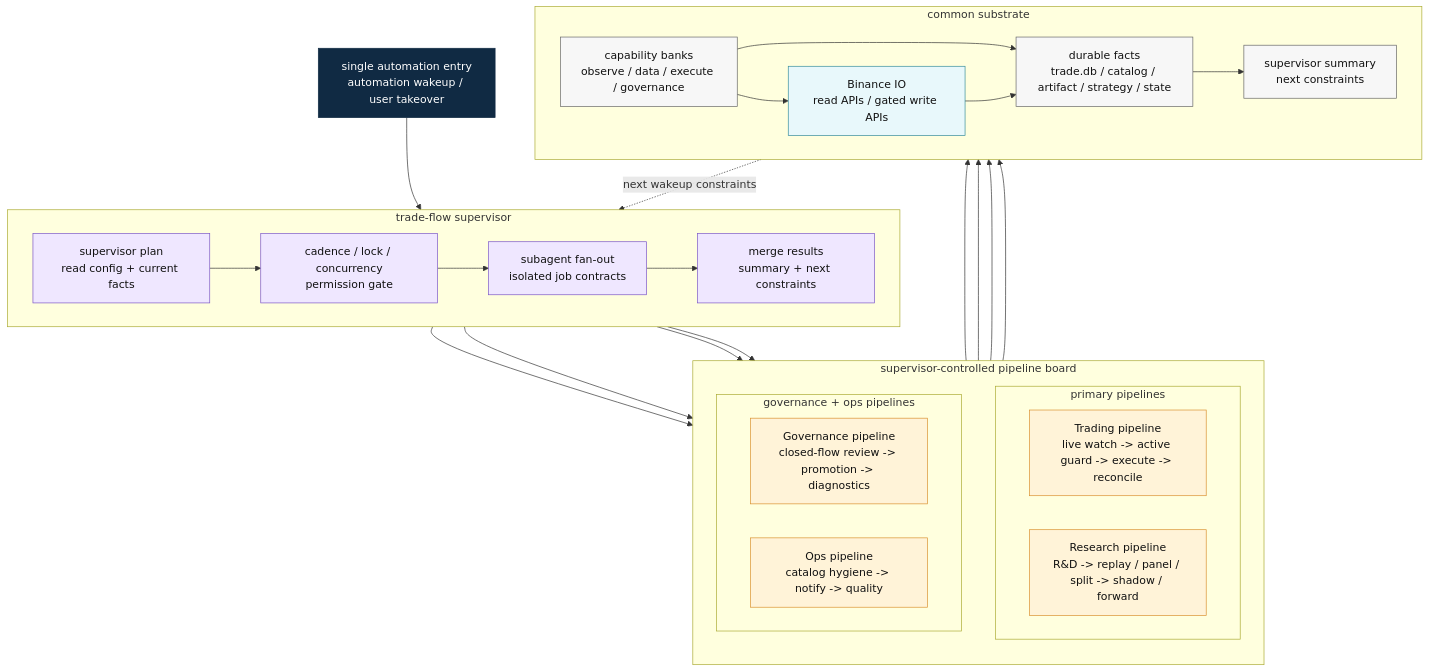
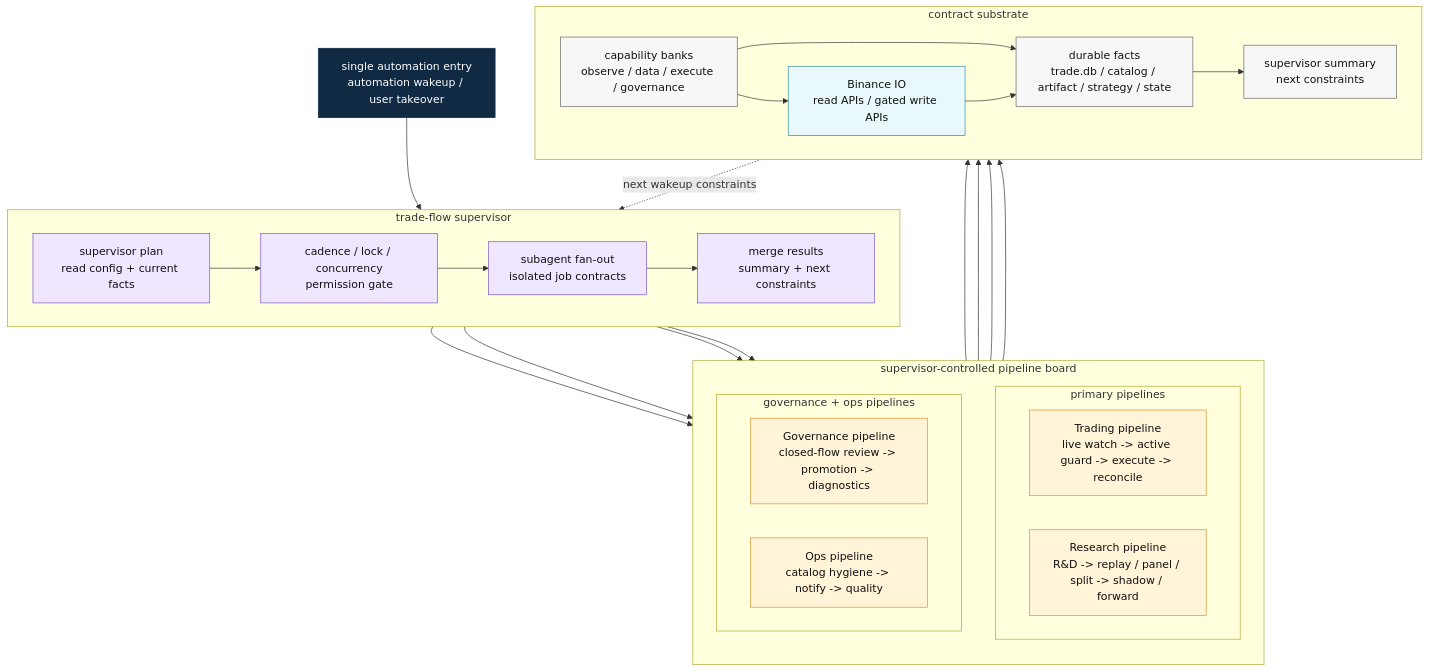
Before and after one commit to qOeOp/trade: the first of 9 diagrams in README.md, drawn with Mermaid. The commit also changed 38 other files, not shown here.

````diff
--- a/README.md
+++ b/README.md
@@ -9,62 +9,62 @@
 ```mermaid
 flowchart TB
   ENTRY["single automation entry<br/>automation wakeup / user takeover"]
 
   subgraph SUP["trade-flow supervisor"]
     direction LR
     SP["supervisor plan<br/>read config + current facts"]
     GT["cadence / lock / concurrency<br/>permission gate"]
     FO["subagent fan-out<br/>isolated job contracts"]
     MG["merge results<br/>summary + next constraints"]
     SP --> GT --> FO --> MG
   end
 
   subgraph BOARD["supervisor-controlled pipeline board"]
     direction TB
 
     subgraph ROW1["primary pipelines"]
       direction LR
       TRADING["Trading pipeline<br/>live watch -> active guard -> execute -> reconcile"]
       RESEARCH["Research pipeline<br/>R&D -> replay / panel / split -> shadow / forward"]
     end
 
     subgraph ROW2["governance + ops pipelines"]
       direction LR
       GOVERNANCE["Governance pipeline<br/>closed-flow review -> promotion -> diagnostics"]
       OPS["Ops pipeline<br/>catalog hygiene -> notify -> quality"]
     end
   end
 
-  subgraph COMMON["common substrate"]
+  subgraph CONTRACTS["contract substrate"]
     direction LR
     CAP["capability banks<br/>observe / data / execute / governance"]
     FACTS["durable facts<br/>trade.db / catalog / artifact / strategy / state"]
     EX["Binance IO<br/>read APIs / gated write APIs"]
     SUMMARY["supervisor summary<br/>next constraints"]
     CAP --> FACTS
     CAP --> EX --> FACTS
     FACTS --> SUMMARY
   end
 
   ENTRY --> SP
   FO --> TRADING
   FO --> RESEARCH
   FO --> GOVERNANCE
   FO --> OPS
   TRADING --> CAP
   RESEARCH --> CAP
   GOVERNANCE --> CAP
   OPS --> CAP
   SUMMARY -. "next wakeup constraints" .-> MG
 
   classDef entry fill:#102a43,stroke:#102a43,color:#fff;
   classDef sup fill:#efe7ff,stroke:#7a55c7,color:#111;
   classDef flow fill:#fff3d8,stroke:#d9902f,color:#111;
   classDef block fill:#f7f7f7,stroke:#666,color:#111;
   classDef io fill:#e8f8fb,stroke:#358b9a,color:#111;
   class ENTRY entry;
   class SP,GT,FO,MG sup;
   class TRADING,RESEARCH,GOVERNANCE,OPS flow;
   class CAP,FACTS,SUMMARY block;
   class EX io;
 ```
````
